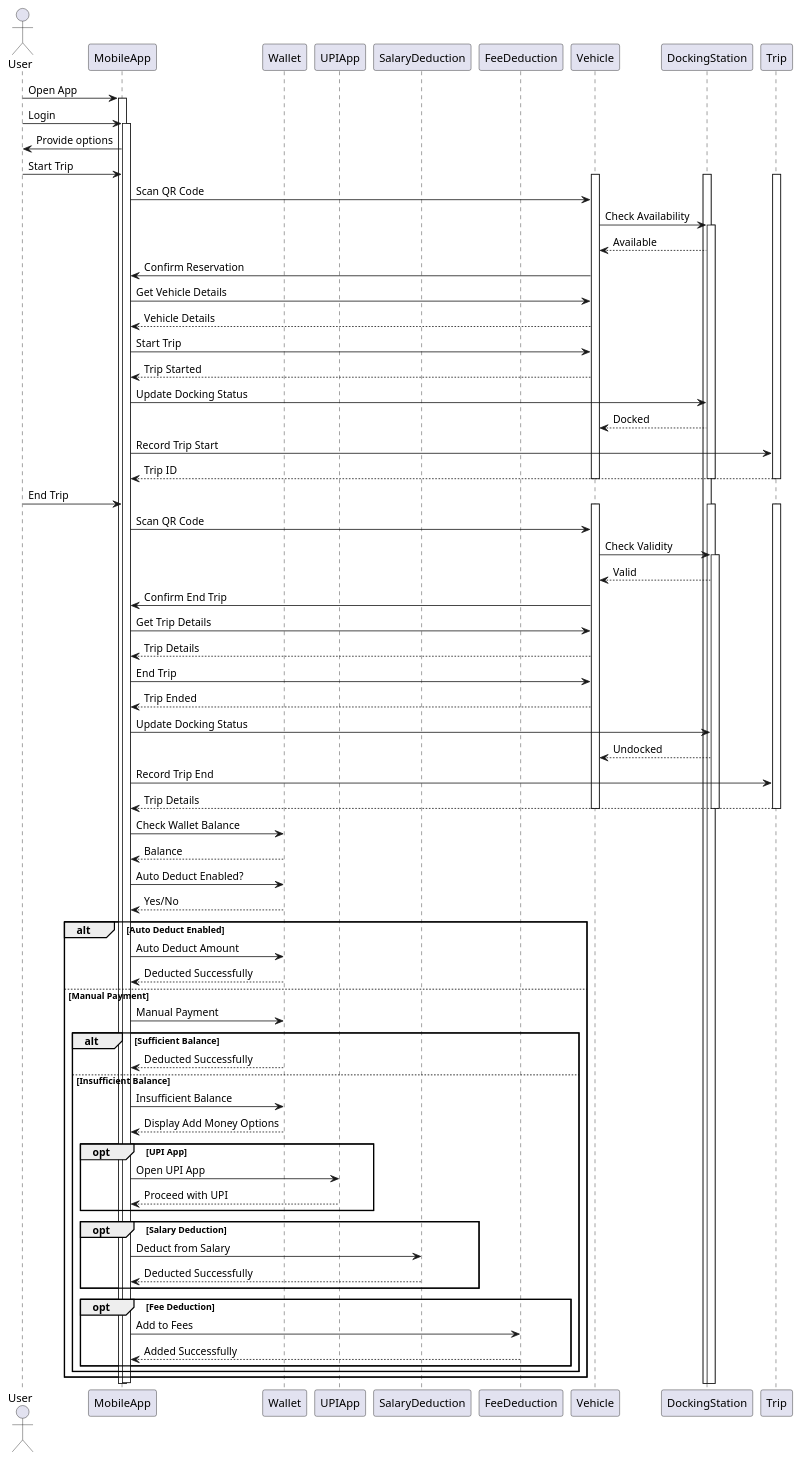
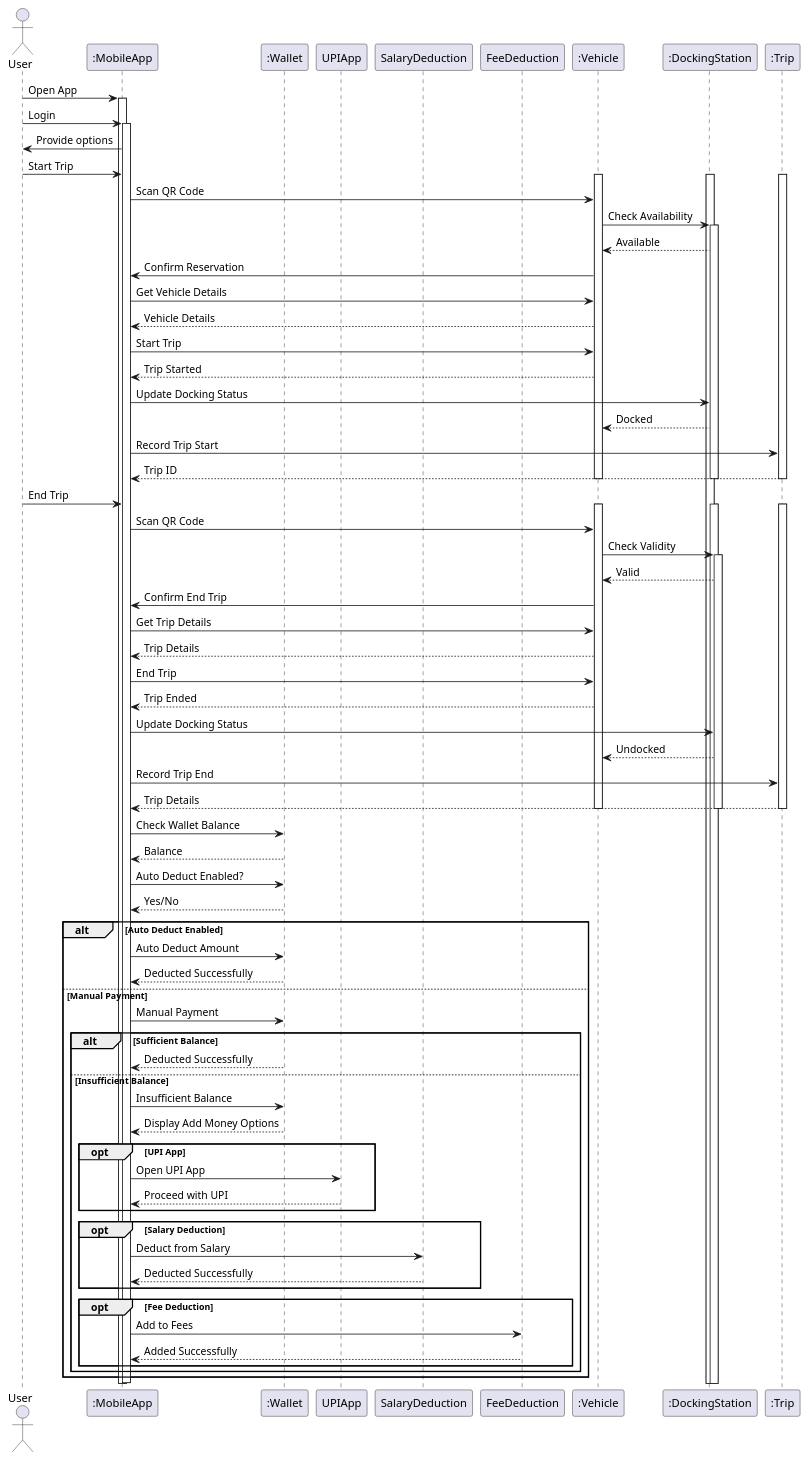
One commit to ROHIT32767/Smart-Vehicle-Booking-System changed the diagram in A1-Sequence-TripPayment.puml. Above: the diagram before and after it, drawn with PlantUML. The commit also changed 9 other files, not shown here.

Commit message:
Add sequence diagrams for support and verification

```diff
--- a/A1-Sequence-TripPayment.puml
+++ b/A1-Sequence-TripPayment.puml
@@ -1,107 +1,107 @@
 @startuml
 
 actor User
-participant MobileApp
-participant Wallet
+participant ":MobileApp"
+participant ":Wallet"
 participant UPIApp
 participant SalaryDeduction
 participant FeeDeduction
-participant Vehicle
-participant DockingStation
-participant Trip
+participant ":Vehicle"
+participant ":DockingStation"
+participant ":Trip"
 
-User -> MobileApp: Open App
-activate MobileApp
+User -> ":MobileApp": Open App
+activate ":MobileApp"
 
-User -> MobileApp: Login
-activate MobileApp
+User -> ":MobileApp": Login
+activate ":MobileApp"
 
-MobileApp -> User: Provide options
-User -> MobileApp: Start Trip
-activate Vehicle
-activate DockingStation
-activate Trip
+":MobileApp" -> User: Provide options
+User -> ":MobileApp": Start Trip
+activate ":Vehicle"
+activate ":DockingStation"
+activate ":Trip"
 
-MobileApp -> Vehicle: Scan QR Code
-Vehicle -> DockingStation: Check Availability
-activate DockingStation
-DockingStation --> Vehicle: Available
+":MobileApp" -> ":Vehicle": Scan QR Code
+":Vehicle" -> ":DockingStation": Check Availability
+activate ":DockingStation"
+":DockingStation" --> ":Vehicle": Available
 
-Vehicle -> MobileApp: Confirm Reservation
-MobileApp -> Vehicle: Get Vehicle Details
-Vehicle --> MobileApp: Vehicle Details
+":Vehicle" -> ":MobileApp": Confirm Reservation
+":MobileApp" -> ":Vehicle": Get Vehicle Details
+":Vehicle" --> ":MobileApp": Vehicle Details
 
-MobileApp -> Vehicle: Start Trip
-Vehicle --> MobileApp: Trip Started
+":MobileApp" -> ":Vehicle": Start Trip
+":Vehicle" --> ":MobileApp": Trip Started
 
-MobileApp -> DockingStation: Update Docking Status
-DockingStation --> Vehicle: Docked
+":MobileApp" -> ":DockingStation": Update Docking Status
+":DockingStation" --> ":Vehicle": Docked
 
-MobileApp -> Trip: Record Trip Start
-Trip --> MobileApp: Trip ID
+":MobileApp" -> ":Trip": Record Trip Start
+":Trip" --> ":MobileApp": Trip ID
 
-deactivate Vehicle
-deactivate DockingStation
-deactivate Trip
+deactivate ":Vehicle"
+deactivate ":DockingStation"
+deactivate ":Trip"
 
-User -> MobileApp: End Trip
-activate Vehicle
-activate DockingStation
-activate Trip
+User -> ":MobileApp": End Trip
+activate ":Vehicle"
+activate ":DockingStation"
+activate ":Trip"
 
-MobileApp -> Vehicle: Scan QR Code
-Vehicle -> DockingStation: Check Validity
-activate DockingStation
-DockingStation --> Vehicle: Valid
+":MobileApp" -> ":Vehicle": Scan QR Code
+":Vehicle" -> ":DockingStation": Check Validity
+activate ":DockingStation"
+":DockingStation" --> ":Vehicle": Valid
 
-Vehicle -> MobileApp: Confirm End Trip
-MobileApp -> Vehicle: Get Trip Details
-Vehicle --> MobileApp: Trip Details
+":Vehicle" -> ":MobileApp": Confirm End Trip
+":MobileApp" -> ":Vehicle": Get Trip Details
+":Vehicle" --> ":MobileApp": Trip Details
 
-MobileApp -> Vehicle: End Trip
-Vehicle --> MobileApp: Trip Ended
+":MobileApp" -> ":Vehicle": End Trip
+":Vehicle" --> ":MobileApp": Trip Ended
 
-MobileApp -> DockingStation: Update Docking Status
-DockingStation --> Vehicle: Undocked
+":MobileApp" -> ":DockingStation": Update Docking Status
+":DockingStation" --> ":Vehicle": Undocked
 
-MobileApp -> Trip: Record Trip End
-Trip --> MobileApp: Trip Details
+":MobileApp" -> ":Trip": Record Trip End
+":Trip" --> ":MobileApp": Trip Details
 
-deactivate Vehicle
-deactivate DockingStation
-deactivate Trip
+deactivate ":Vehicle"
+deactivate ":DockingStation"
+deactivate ":Trip"
 
-MobileApp -> Wallet: Check Wallet Balance
-Wallet --> MobileApp: Balance
+":MobileApp" -> ":Wallet": Check Wallet Balance
+":Wallet" --> ":MobileApp": Balance
 
-MobileApp -> Wallet: Auto Deduct Enabled?
-Wallet --> MobileApp: Yes/No
+":MobileApp" -> ":Wallet": Auto Deduct Enabled?
+":Wallet" --> ":MobileApp": Yes/No
 
 alt Auto Deduct Enabled
-  MobileApp -> Wallet: Auto Deduct Amount
-  Wallet --> MobileApp: Deducted Successfully
+  ":MobileApp" -> ":Wallet": Auto Deduct Amount
+  ":Wallet" --> ":MobileApp": Deducted Successfully
 else Manual Payment
-  MobileApp -> Wallet: Manual Payment
+  ":MobileApp" -> ":Wallet": Manual Payment
   alt Sufficient Balance
-    Wallet --> MobileApp: Deducted Successfully
+    ":Wallet" --> ":MobileApp": Deducted Successfully
   else Insufficient Balance
-    MobileApp -> Wallet: Insufficient Balance
-    Wallet --> MobileApp: Display Add Money Options
+    ":MobileApp" -> ":Wallet": Insufficient Balance
+    ":Wallet" --> ":MobileApp": Display Add Money Options
     opt UPI App
-      MobileApp -> UPIApp: Open UPI App
-      UPIApp --> MobileApp: Proceed with UPI
+      ":MobileApp" -> UPIApp: Open UPI App
+      UPIApp --> ":MobileApp": Proceed with UPI
     end
     opt Salary Deduction
-      MobileApp -> SalaryDeduction: Deduct from Salary
-      SalaryDeduction --> MobileApp: Deducted Successfully
+      ":MobileApp" -> SalaryDeduction: Deduct from Salary
+      SalaryDeduction --> ":MobileApp": Deducted Successfully
     end
     opt Fee Deduction
-      MobileApp -> FeeDeduction: Add to Fees
-      FeeDeduction --> MobileApp: Added Successfully
+      ":MobileApp" -> FeeDeduction: Add to Fees
+      FeeDeduction --> ":MobileApp": Added Successfully
     end
   end
 end
 
-deactivate Wallet
-deactivate MobileApp
+deactivate ":Wallet"
+deactivate ":MobileApp"
 @enduml
```
